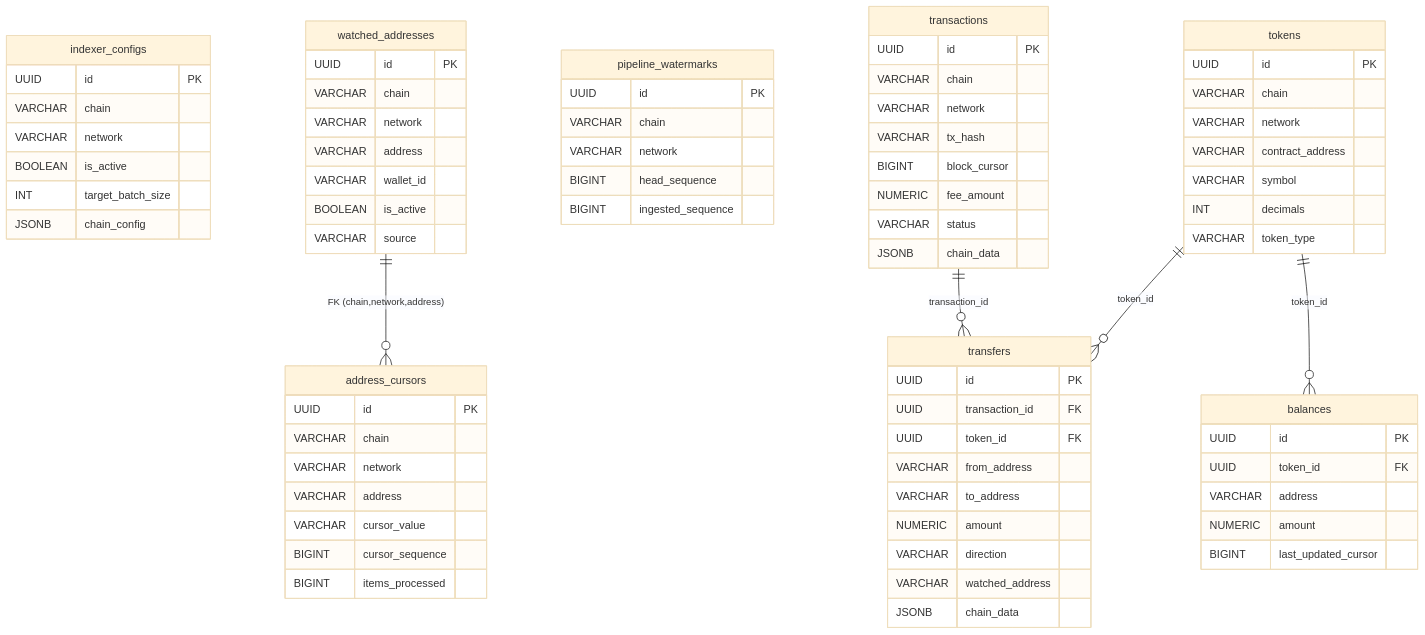
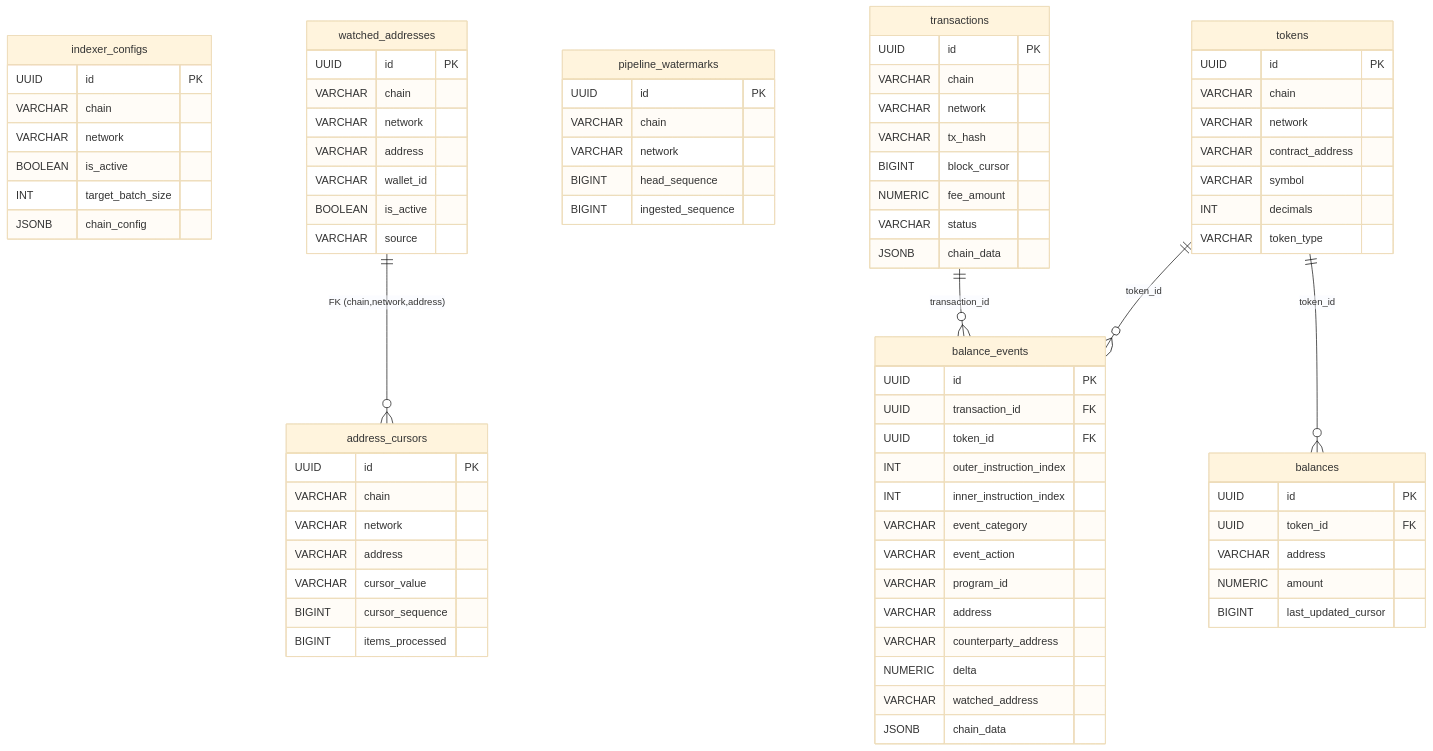
One commit to emperorhan/multichain-indexer changed the sixth of 8 diagrams in docs/architecture.md. Above: the diagram before and after it, drawn with Mermaid (base theme). The commit also changed other lines of this file and 41 other files, not shown here.

First line of the commit message:
Implement plugin-based balance event architecture

````diff
--- a/docs/architecture.md
+++ b/docs/architecture.md
@@ -546,14 +553,18 @@
         JSONB chain_data
     }
 
-    transfers {
+    balance_events {
         UUID id PK
         UUID transaction_id FK
         UUID token_id FK
-        VARCHAR from_address
-        VARCHAR to_address
-        NUMERIC amount
-        VARCHAR direction
+        INT outer_instruction_index
+        INT inner_instruction_index
+        VARCHAR event_category
+        VARCHAR event_action
+        VARCHAR program_id
+        VARCHAR address
+        VARCHAR counterparty_address
+        NUMERIC delta
         VARCHAR watched_address
         JSONB chain_data
     }
@@ -567,7 +578,7 @@
     }
 
     watched_addresses ||--o{ address_cursors : "FK (chain,network,address)"
-    transactions ||--o{ transfers : "transaction_id"
-    tokens ||--o{ transfers : "token_id"
+    transactions ||--o{ balance_events : "transaction_id"
+    tokens ||--o{ balance_events : "token_id"
     tokens ||--o{ balances : "token_id"
 ```
````
